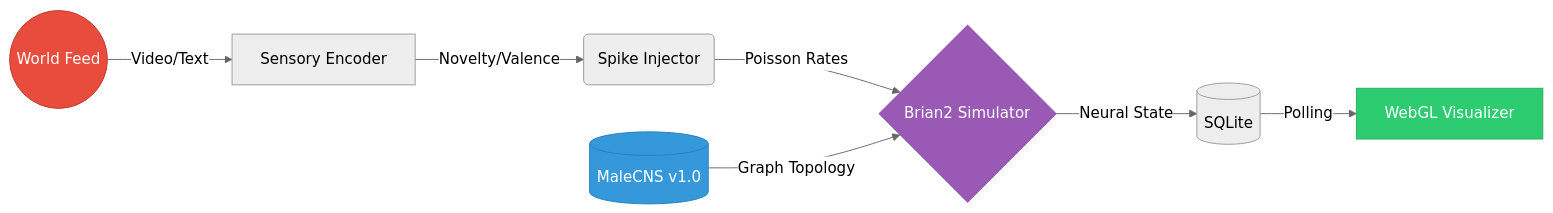
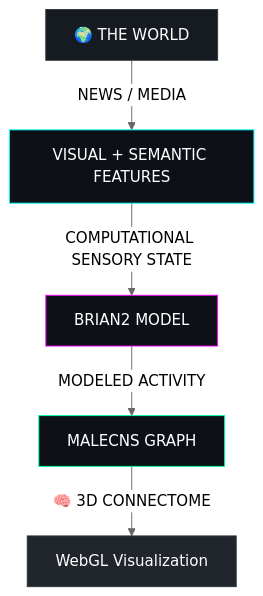
The diagram in README.md (iamnih4l/NeuroFLY), drawn with Mermaid (neutral theme) before and after one commit. The commit also changed other lines of this file and 4 other files, not shown here.

````diff
--- a/README.md
+++ b/README.md
@@ -47,16 +60,13 @@
 ```mermaid
-flowchart LR
-    A((World Feed)) -->|Video/Text| B[Sensory Encoder]
-    B -->|Novelty/Valence| C(Spike Injector)
-    C -->|Poisson Rates| D{Brian2 Simulator}
+flowchart TD
+    W[🌍 THE WORLD] -->|NEWS / MEDIA| F[VISUAL + SEMANTIC FEATURES]
+    F -->|COMPUTATIONAL SENSORY STATE| B[BRIAN2 MODEL]
+    B -->|MODELED ACTIVITY| M[MALECNS GRAPH]
+    M -->|🧠 3D CONNECTOME| V[WebGL Visualization]
     
-    db[(MaleCNS v1.0)] -->|Graph Topology| D
-    
-    D -->|Neural State| E[(SQLite)]
-    E -->|Polling| F[WebGL Visualizer]
-    
-    style A fill:#e74c3c,stroke:#c0392b,color:#fff
-    style db fill:#3498db,stroke:#2980b9,color:#fff
-    style D fill:#9b59b6,stroke:#8e44ad,color:#fff
-    style F fill:#2ecc71,stroke:#27ae60,color:#fff
+    style W fill:#161b22,stroke:#30363d,color:#fff
+    style F fill:#0d1117,stroke:#00ffff,color:#fff
+    style B fill:#0d1117,stroke:#ff00ff,color:#fff
+    style M fill:#0d1117,stroke:#00ff9d,color:#fff
+    style V fill:#21262d,stroke:#30363d,color:#fff
 ```
````
